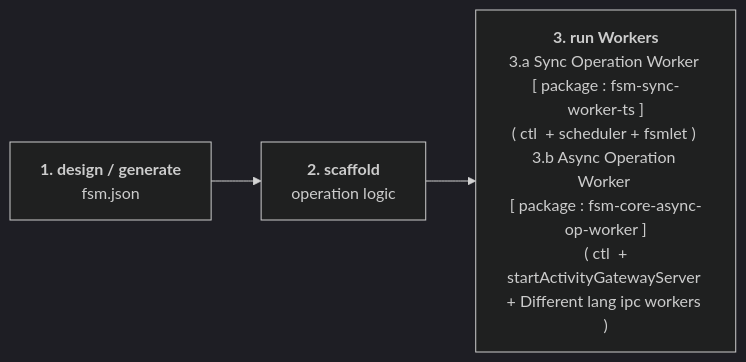
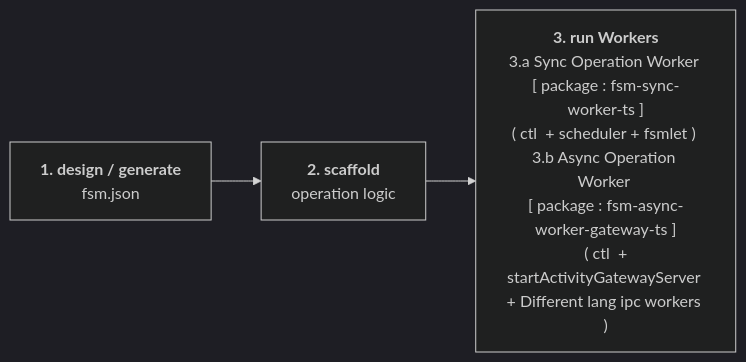
Before and after one commit to pgfsm/fsm: the diagram in DEVELOPER.md, drawn with Mermaid (dark theme). The commit also changed other lines of this file and 63 other files, not shown here.

First line of the commit message:
chore(async-worker-gateway): rename @pgfsm/async-worker to @pgfsm/async-worker-gateway (#361) (#363)

````diff
--- a/DEVELOPER.md
+++ b/DEVELOPER.md
@@ -22,5 +22,5 @@
 ```mermaid
 flowchart LR
     A["<b>1. design / generate</b><br/>fsm.json"] --> B["<b>2. scaffold</b><br/>operation logic"]
-    B --> C["<b>3. run Workers</b><br>3.a Sync Operation Worker <br>[ package : fsm-sync-worker-ts ]<br>( ctl  + scheduler + fsmlet ) <br>3.b Async Operation Worker <br>[ package : fsm-core-async-op-worker ]<br> ( ctl  + startActivityGatewayServer + Different lang ipc workers )"]
+    B --> C["<b>3. run Workers</b><br>3.a Sync Operation Worker <br>[ package : fsm-sync-worker-ts ]<br>( ctl  + scheduler + fsmlet ) <br>3.b Async Operation Worker <br>[ package : fsm-async-worker-gateway-ts ]<br> ( ctl  + startActivityGatewayServer + Different lang ipc workers )"]
 ```
````
